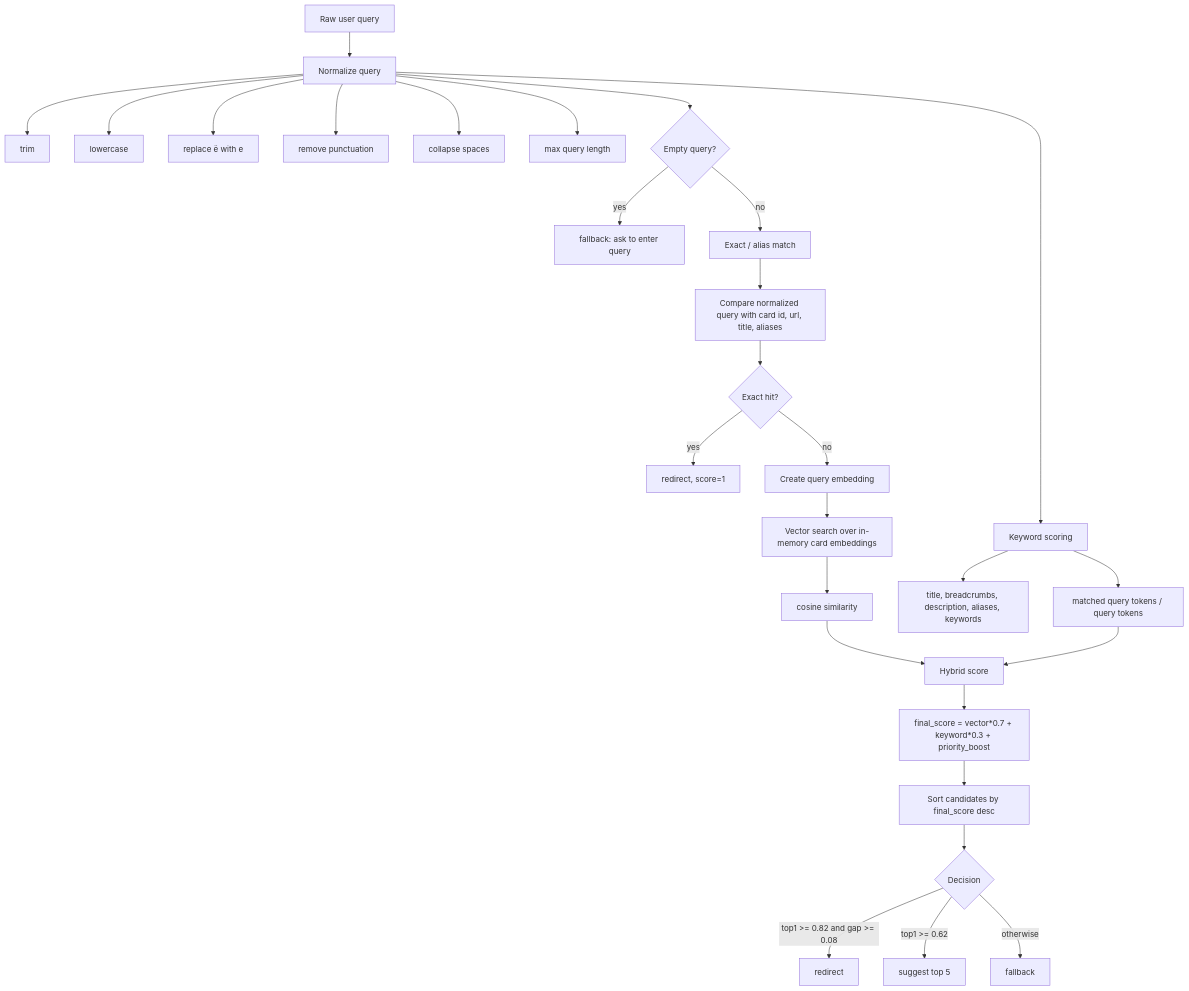
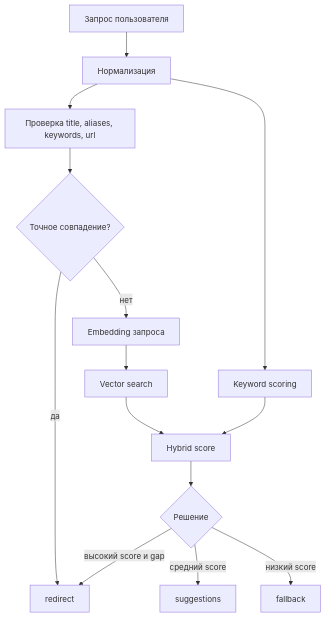
The sixth of 12 diagrams in docs/ai-navigation-architecture.md (GockMock/MOSPOLI_LMS), drawn with Mermaid before and after one commit. The commit also changed other lines of this file, not shown here.

Commit message:
Simplify Mermaid architecture docs in Russian

````diff
--- a/docs/ai-navigation-architecture.md
+++ b/docs/ai-navigation-architecture.md
@@ -144,37 +92,16 @@
 ```mermaid
 flowchart TD
-    Q[Raw user query] --> N[Normalize query]
-    N --> N1[trim]
-    N --> N2[lowercase]
-    N --> N3[replace ё with е]
-    N --> N4[remove punctuation]
-    N --> N5[collapse spaces]
-    N --> N6[max query length]
-
-    N --> Empty{Empty query?}
-    Empty -->|yes| FB0[fallback: ask to enter query]
-    Empty -->|no| Exact[Exact / alias match]
-
-    Exact --> EFields[Compare normalized query with card id, url, title, aliases]
-    EFields --> ExactHit{Exact hit?}
-    ExactHit -->|yes| RedirectExact[redirect, score=1]
-    ExactHit -->|no| Emb[Create query embedding]
-
-    Emb --> Vector[Vector search over in-memory card embeddings]
-    N --> Keyword[Keyword scoring]
-
-    Keyword --> KFields[title, breadcrumbs, description, aliases, keywords]
-    Keyword --> KScore[matched query tokens / query tokens]
-    Vector --> VScore[cosine similarity]
-
-    KScore --> Hybrid[Hybrid score]
-    VScore --> Hybrid
-    Hybrid --> Formula[final_score = vector*0.7 + keyword*0.3 + priority_boost]
-
-    Formula --> Sort[Sort candidates by final_score desc]
-    Sort --> Decision{Decision}
-
-    Decision -->|top1 >= 0.82 and gap >= 0.08| Redirect[redirect]
-    Decision -->|top1 >= 0.62| Suggest[suggest top 5]
-    Decision -->|otherwise| Fallback[fallback]
+    q[Запрос пользователя] --> n[Нормализация]
+    n --> exact[Проверка title, aliases, keywords, url]
+    exact --> hit{Точное совпадение?}
+    hit -->|да| redirect[redirect]
+    hit -->|нет| emb[Embedding запроса]
+    emb --> vector[Vector search]
+    n --> keyword[Keyword scoring]
+    vector --> hybrid[Hybrid score]
+    keyword --> hybrid
+    hybrid --> decision{Решение}
+    decision -->|высокий score и gap| redirect
+    decision -->|средний score| suggest[suggestions]
+    decision -->|низкий score| fallback[fallback]
 ```
````
